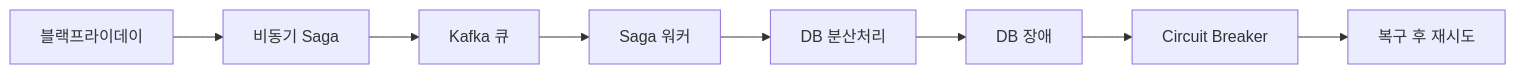
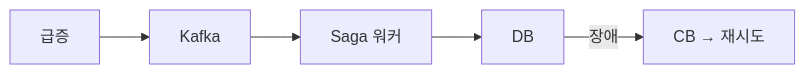
Diagram 13 of 14 in _posts/architecture/2026-05-02-distributed-transaction-deep.md (yjkim2015/yjkim2015.github.io), drawn with Mermaid before and after one commit. The commit also changed other lines of this file and 163 other files, not shown here.

First line of the commit message:
Mermaid 300개 블록 내용 축소: 5노드 5엣지 이하, 의미 있는 약어

````diff
--- a/_posts/architecture/2026-05-02-distributed-transaction-deep.md
+++ b/_posts/architecture/2026-05-02-distributed-transaction-deep.md
@@ -589,10 +581,7 @@
 ```mermaid
 graph LR
-    Flash["블랙프라이데이"] --> Async["비동기 Saga"]
-    Async --> Queue["Kafka 큐"]
+    Flash["급증"] --> Queue["Kafka"]
     Queue --> Workers["Saga 워커"]
-    Workers --> DB["DB 분산처리"]
-    DB --> DBFail["DB 장애"]
-    DBFail --> CB["Circuit Breaker"]
-    CB --> Retry["복구 후 재시도"]
+    Workers --> DB["DB"]
+    DB -->|"장애"| CB["CB → 재시도"]
 ```
````
